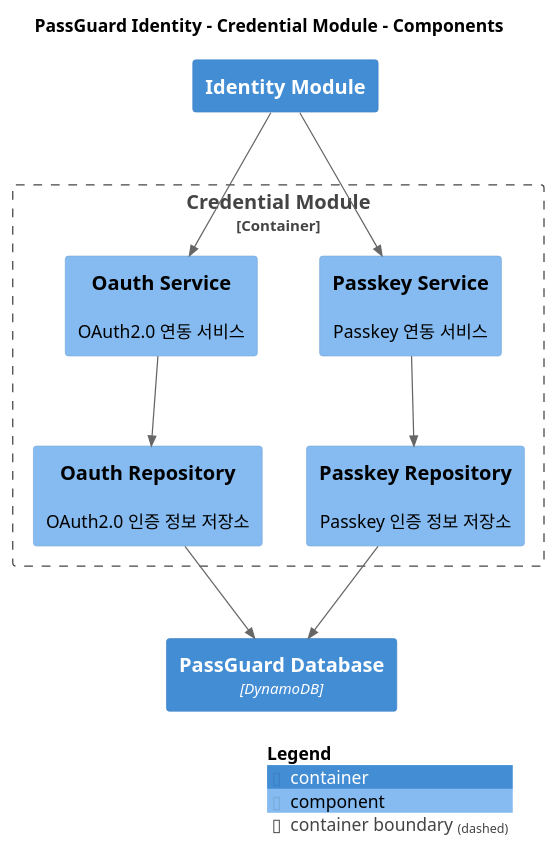
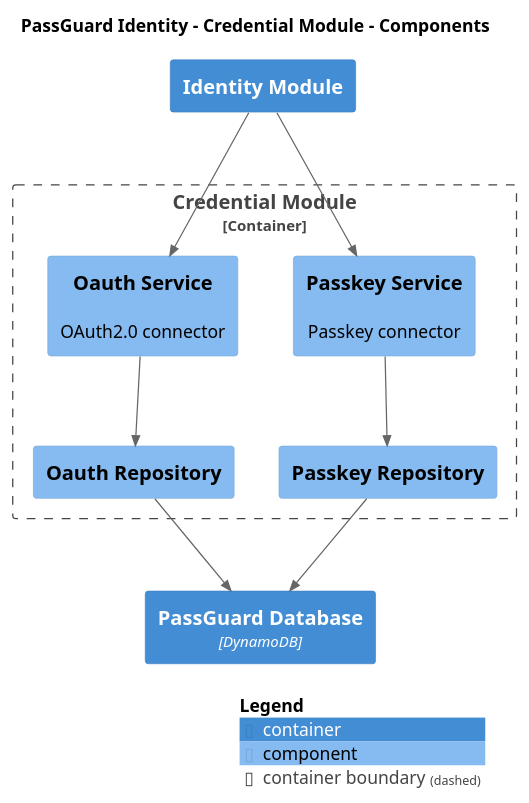
Before and after one commit to IntellectusCorp/passguard-docs: the diagram in master/puml/ComponentView.puml, drawn with PlantUML. The commit also changed 27 other files, not shown here.

```diff
--- a/master/puml/ComponentView.puml
+++ b/master/puml/ComponentView.puml
@@ -1,30 +1,30 @@
 @startuml
 set separator none
 title PassGuard Identity - Credential Module - Components
 
 top to bottom direction
 
 !include <C4/C4>
 !include <C4/C4_Context>
 !include <C4/C4_Container>
 !include <C4/C4_Component>
 
 Container(PassGuardIdentity.IdentityModule, "Identity Module", $techn="", $descr="", $tags="", $link="")
 Container(PassGuardIdentity.PassGuardDatabase, "PassGuard Database", $techn="DynamoDB", $descr="", $tags="", $link="")
 
 Container_Boundary("PassGuardIdentity.CredentialModule_boundary", "Credential Module", $tags="") {
-  Component(PassGuardIdentity.CredentialModule.OauthService, "Oauth Service", $techn="", $descr="OAuth2.0 연동 서비스", $tags="", $link="")
-  Component(PassGuardIdentity.CredentialModule.OauthRepository, "Oauth Repository", $techn="", $descr="OAuth2.0 인증 정보 저장소", $tags="", $link="")
-  Component(PassGuardIdentity.CredentialModule.PasskeyService, "Passkey Service", $techn="", $descr="Passkey 연동 서비스", $tags="", $link="")
-  Component(PassGuardIdentity.CredentialModule.PasskeyRepository, "Passkey Repository", $techn="", $descr="Passkey 인증 정보 저장소", $tags="", $link="")
+  Component(PassGuardIdentity.CredentialModule.OauthService, "Oauth Service", $techn="", $descr="OAuth2.0 connector", $tags="", $link="")
+  Component(PassGuardIdentity.CredentialModule.OauthRepository, "Oauth Repository", $techn="", $descr="", $tags="", $link="")
+  Component(PassGuardIdentity.CredentialModule.PasskeyService, "Passkey Service", $techn="", $descr="Passkey connector", $tags="", $link="")
+  Component(PassGuardIdentity.CredentialModule.PasskeyRepository, "Passkey Repository", $techn="", $descr="", $tags="", $link="")
 }
 
 Rel(PassGuardIdentity.IdentityModule, PassGuardIdentity.CredentialModule.OauthService, "", $techn="", $tags="", $link="")
 Rel(PassGuardIdentity.IdentityModule, PassGuardIdentity.CredentialModule.PasskeyService, "", $techn="", $tags="", $link="")
 Rel(PassGuardIdentity.CredentialModule.OauthService, PassGuardIdentity.CredentialModule.OauthRepository, "", $techn="", $tags="", $link="")
 Rel(PassGuardIdentity.CredentialModule.OauthRepository, PassGuardIdentity.PassGuardDatabase, "", $techn="", $tags="", $link="")
 Rel(PassGuardIdentity.CredentialModule.PasskeyService, PassGuardIdentity.CredentialModule.PasskeyRepository, "", $techn="", $tags="", $link="")
 Rel(PassGuardIdentity.CredentialModule.PasskeyRepository, PassGuardIdentity.PassGuardDatabase, "", $techn="", $tags="", $link="")
 
 SHOW_LEGEND(true)
 @enduml
```
